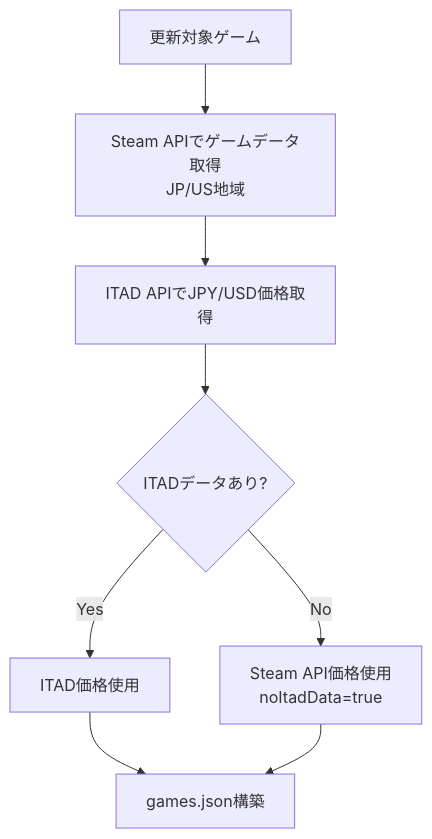
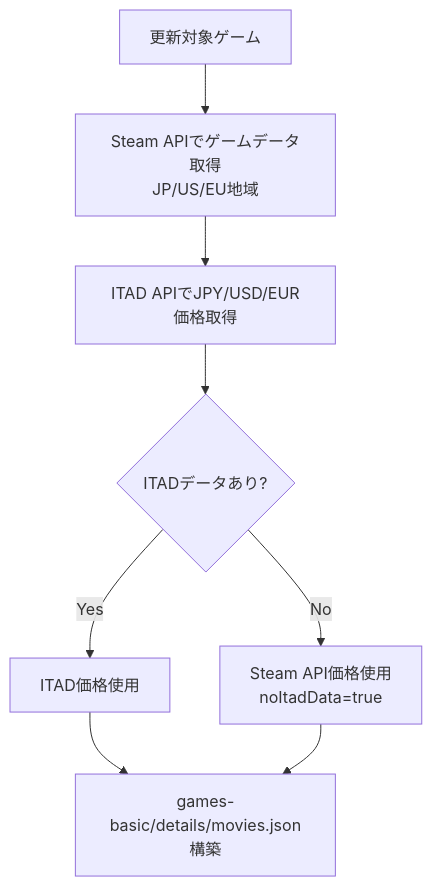
One commit to vibecoder-lab/game-seeker-vault changed the fifth of 6 diagrams in docs/BATCH_PROCESSING.md. Above: the diagram before and after it, drawn with Mermaid. The commit also changed other lines of this file and 12 other files, not shown here.

````diff
--- a/docs/BATCH_PROCESSING.md
+++ b/docs/BATCH_PROCESSING.md
@@ -279,10 +279,10 @@
 ```mermaid
 graph TD
-    A[更新対象ゲーム] --> B[Steam APIでゲームデータ取得<br/>JP/US地域]
-    B --> C[ITAD APIでJPY/USD価格取得]
+    A[更新対象ゲーム] --> B[Steam APIでゲームデータ取得<br/>JP/US/EU地域]
+    B --> C[ITAD APIでJPY/USD/EUR価格取得]
     C --> D{ITADデータあり?}
     D -->|Yes| E[ITAD価格使用]
     D -->|No| F[Steam API価格使用<br/>noItadData=true]
-    E --> G[games.json構築]
+    E --> G[games-basic/details/movies.json構築]
     F --> G
 ```
````
